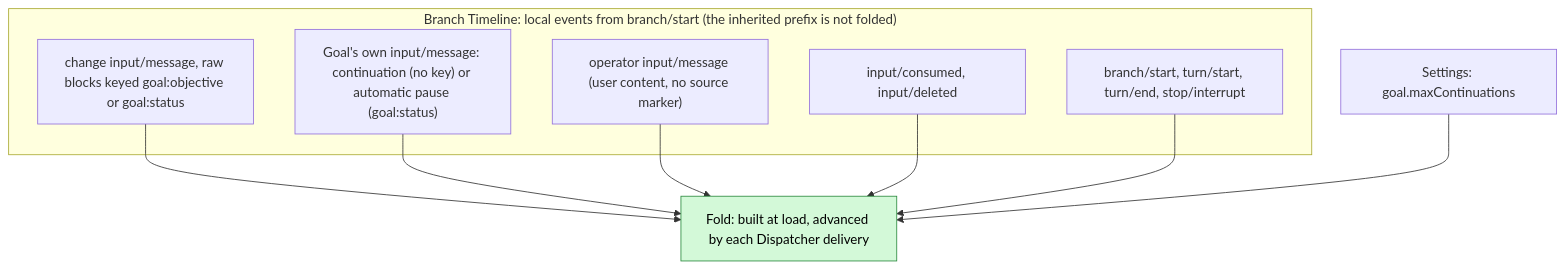
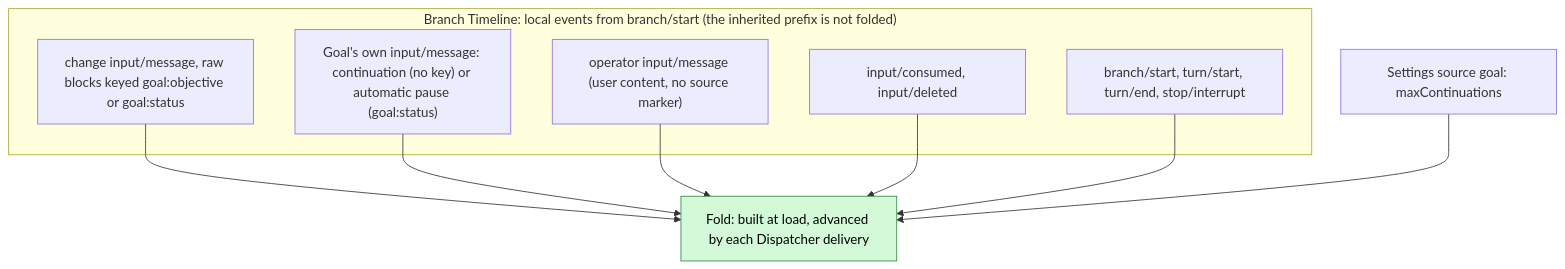
Before and after one commit to CoutinhoTTS/dim-agent: the second of 7 diagrams in docs/design/plugins/Goal.md, drawn with Mermaid. The commit also changed other lines of this file and 27 other files, not shown here.

````diff
--- a/docs/design/plugins/Goal.md
+++ b/docs/design/plugins/Goal.md
@@ -50,19 +50,19 @@
 ```mermaid
 flowchart TB
   subgraph TLB["Branch Timeline: local events from branch/start (the inherited prefix is not folded)"]
     GBK["change input/message, raw blocks keyed goal:objective or goal:status"]
     CI["Goal's own input/message: continuation (no key) or automatic pause (goal:status)"]
     OI["operator input/message (user content, no source marker)"]
     IC["input/consumed, input/deleted"]
     TE["branch/start, turn/start, turn/end, stop/interrupt"]
   end
-  CFG["Settings: goal.maxContinuations"]
+  CFG["Settings source goal: maxContinuations"]
   VIEW["Fold: built at load, advanced by each Dispatcher delivery"]:::new
   GBK --> VIEW
   CI --> VIEW
   OI --> VIEW
   IC --> VIEW
   TE --> VIEW
   CFG --> VIEW
   classDef new fill:#d3f9d8,stroke:#2b8a3e,color:#000
 ```
````
